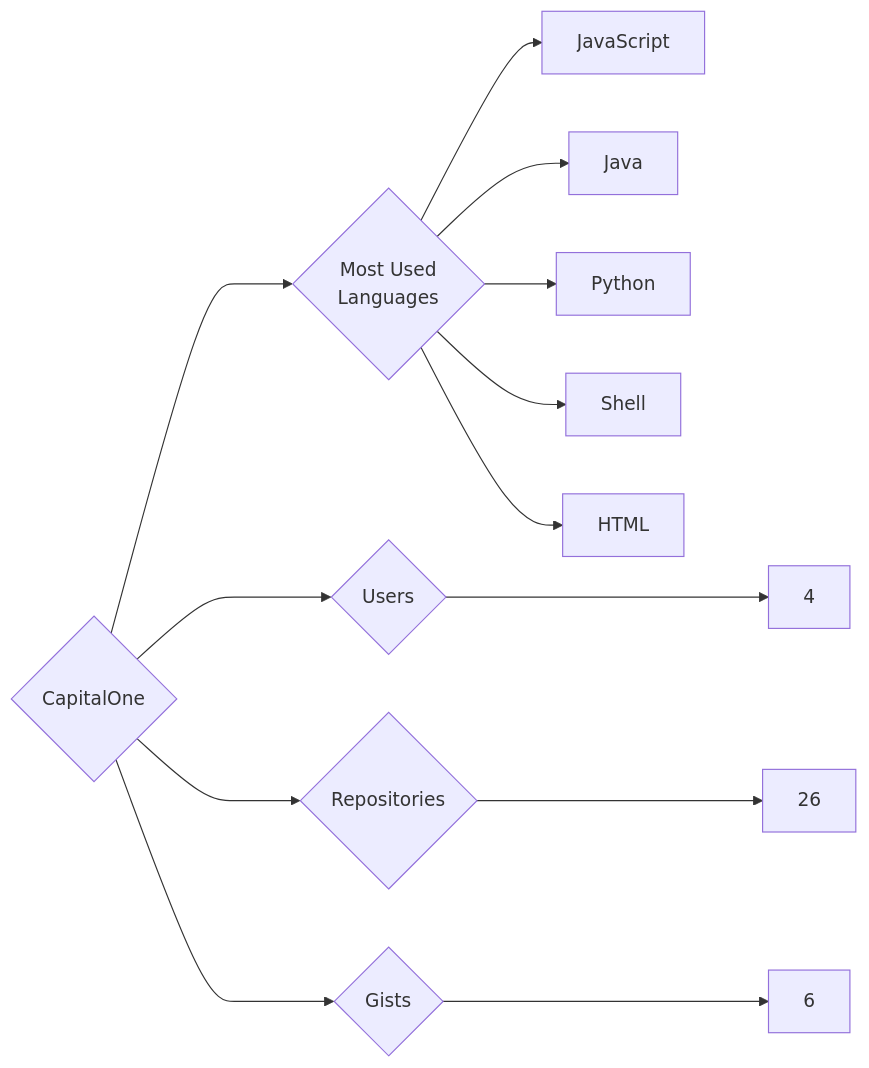
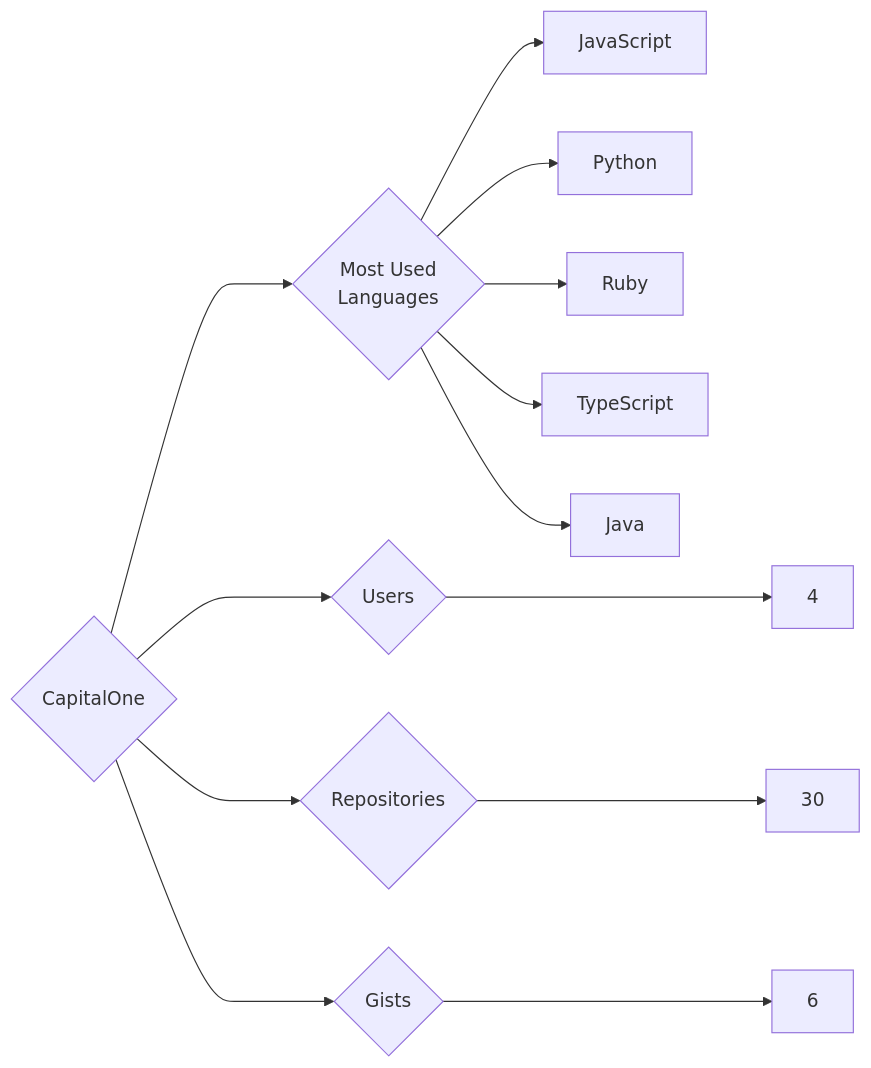
One commit to trickest/insiders changed the diagram in targets/CapitalOne/README.md. Above: the diagram before and after it, drawn with Mermaid. The commit also changed 1212 other files, not shown here.

````diff
--- a/targets/CapitalOne/README.md
+++ b/targets/CapitalOne/README.md
@@ -3,13 +3,13 @@
 ```mermaid
 graph LR
 COMPANY_NAME{CapitalOne}
 COMPANY_NAME ---> U{Users} ---> UN[4]
-COMPANY_NAME ---> R{Repositories} ---> RN[26]
+COMPANY_NAME ---> R{Repositories} ---> RN[30]
 COMPANY_NAME ---> G{Gists} ---> GN[6]
 COMPANY_NAME ---> ML{Most Used<br>Languages}
 ML --> JavaScript[JavaScript]
+ML --> Python[Python]
+ML --> Ruby[Ruby]
+ML --> TypeScript[TypeScript]
 ML --> Java[Java]
-ML --> Python[Python]
-ML --> Shell[Shell]
-ML --> HTML[HTML]
 ```
````
